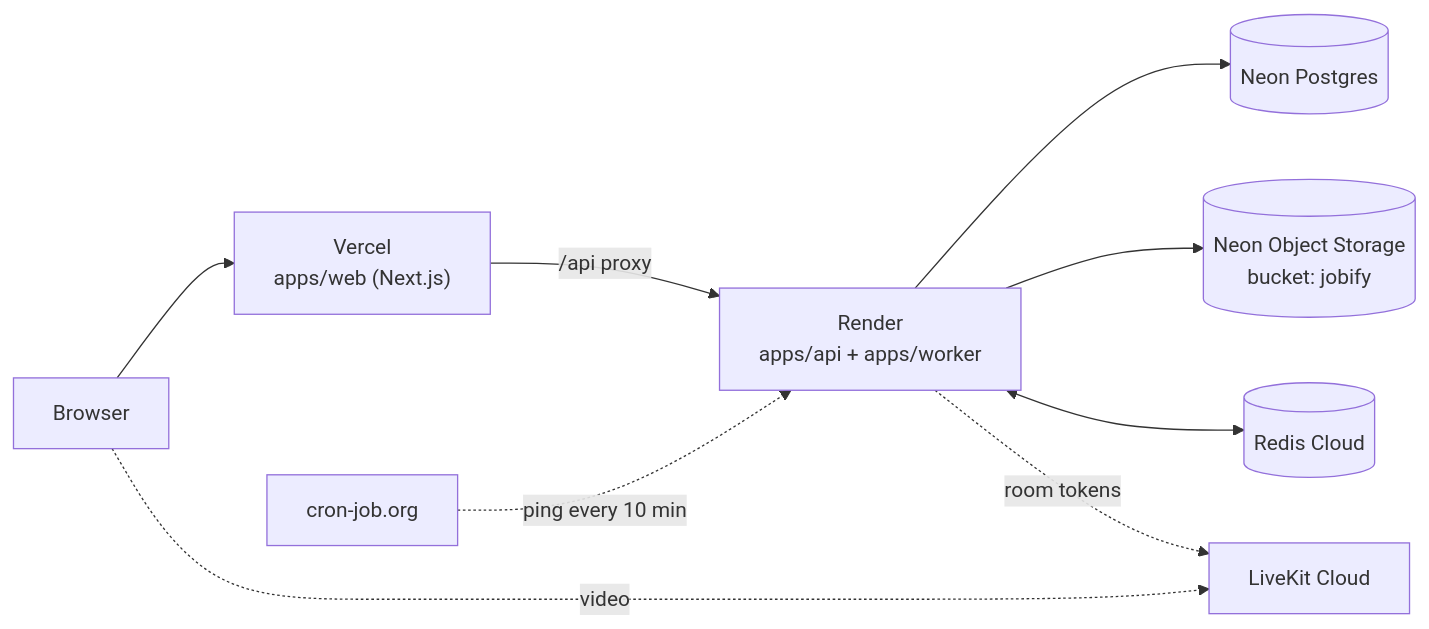
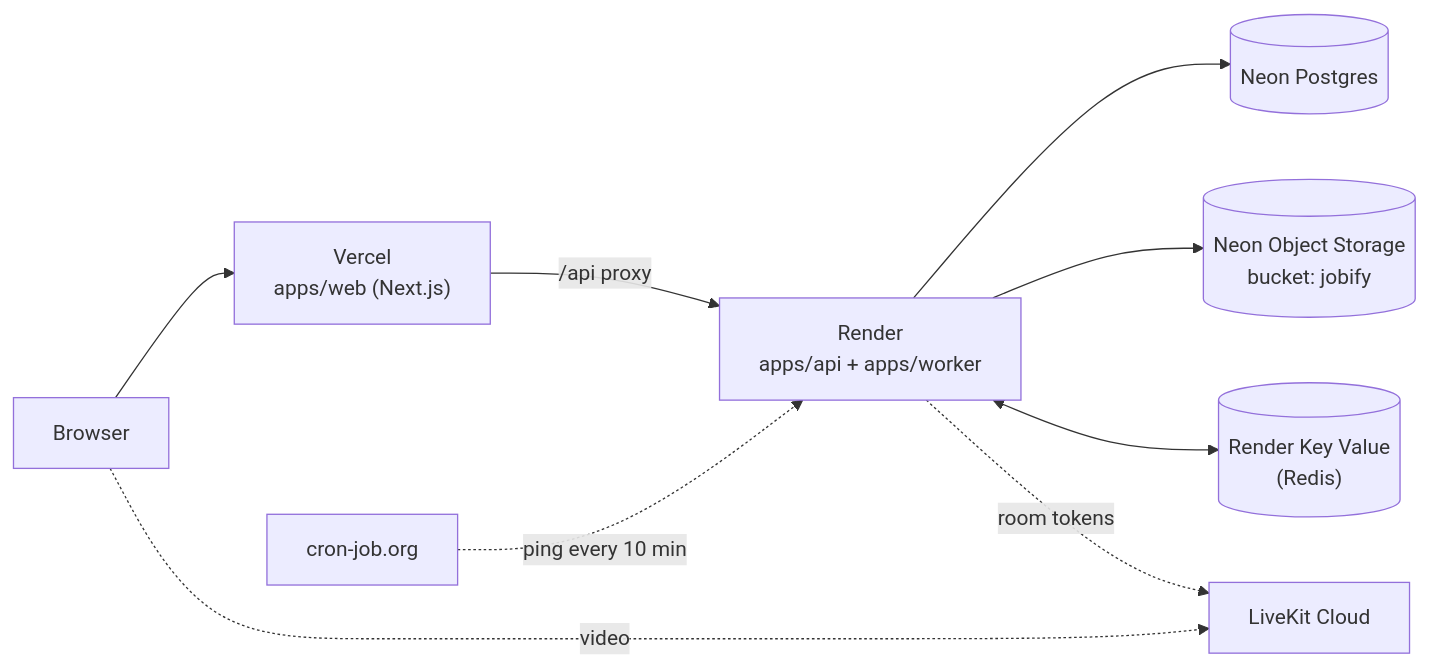
One commit to 4K45H107/JOBIFY changed the diagram in docs/DEPLOYMENT.md. Above: the diagram before and after it, drawn with Mermaid. The commit also changed other lines of this file and 6 other files, not shown here.

````diff
--- a/docs/DEPLOYMENT.md
+++ b/docs/DEPLOYMENT.md
@@ -11,11 +12,11 @@
 ```mermaid
 flowchart LR
     Browser["Browser"] --> Vercel["Vercel<br/>apps/web (Next.js)"]
     Vercel -- "/api proxy" --> Render["Render<br/>apps/api + apps/worker"]
     Render --> NeonPG[("Neon Postgres")]
     Render --> NeonS3[("Neon Object Storage<br/>bucket: jobify")]
-    Render <--> Redis[("Redis Cloud")]
+    Render <--> Redis[("Render Key Value<br/>(Redis)")]
     Browser -. "video" .-> LiveKit["LiveKit Cloud"]
     Render -. "room tokens" .-> LiveKit
     Cron["cron-job.org"] -. "ping every 10 min" .-> Render
 ```
````
